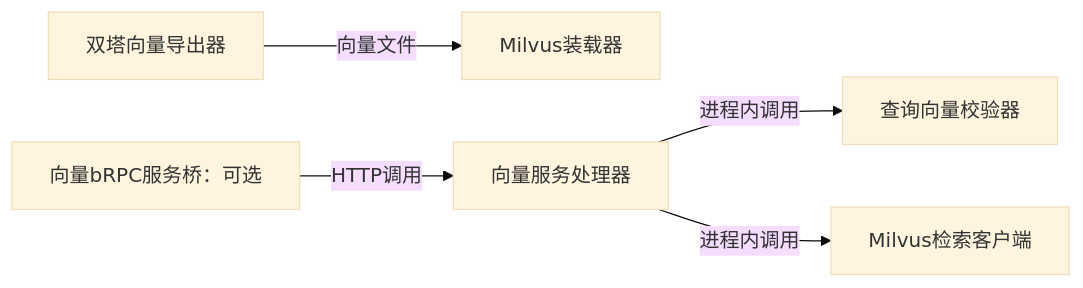
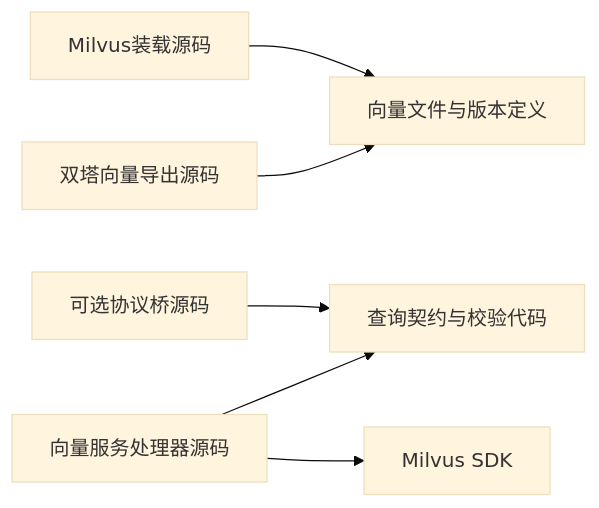
One commit to bitianyuan123/docs changed the diagram in diagrams/07_other_services_02.mmd. Above: the diagram before and after it, drawn with Mermaid (base theme). The commit also changed 141 other files, not shown here.

```diff
--- a/diagrams/07_other_services_02.mmd
+++ b/diagrams/07_other_services_02.mmd
@@ -1,5 +1,6 @@
 flowchart LR
-    A[双塔向量导出器] -->|向量文件| B[Milvus装载器]
-    C[向量服务处理器] -->|进程内调用| D[查询向量校验器]
-    C -->|进程内调用| E[Milvus检索客户端]
-    F[向量bRPC服务桥：可选] -->|HTTP调用| C
+    A[双塔向量导出源码] --> D[向量文件与版本定义]
+    B[Milvus装载源码] --> D
+    C[向量服务处理器源码] --> V[查询契约与校验代码]
+    C --> E[Milvus SDK]
+    F[可选协议桥源码] --> V
```
